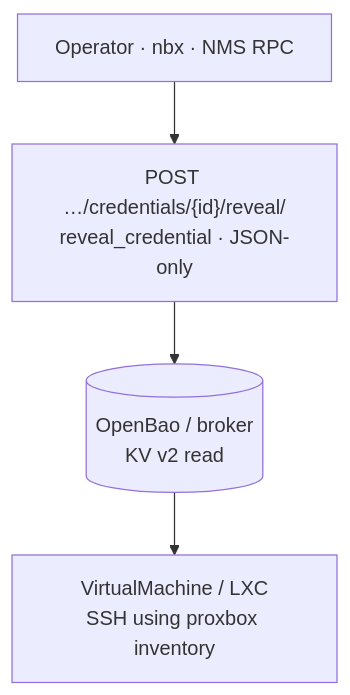
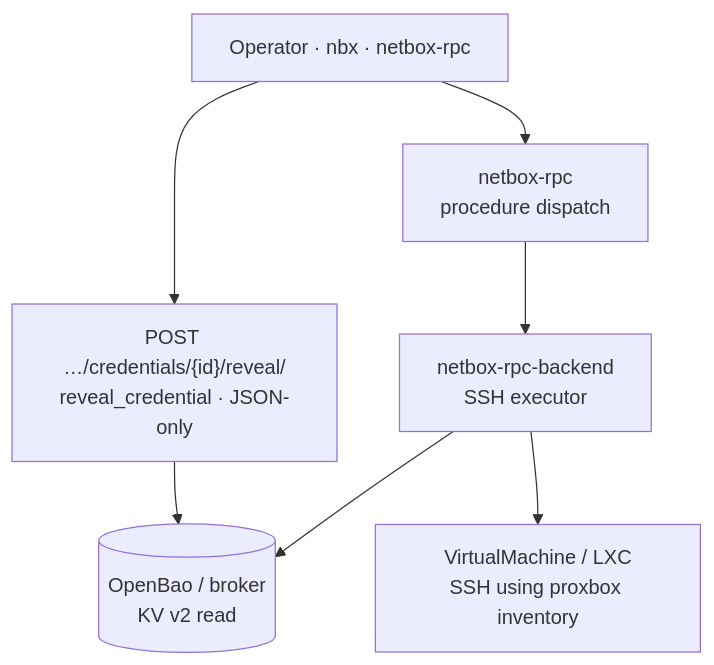
Before and after one commit to emersonfelipesp/netbox-openbao: the third of 3 diagrams in docs/architecture/proxmox-vm-secrets.md, drawn with Mermaid. The commit also changed other lines of this file and 3 other files, not shown here.

First line of the commit message:
Document OpenBao broker and RPC architecture

````diff
--- a/docs/architecture/proxmox-vm-secrets.md
+++ b/docs/architecture/proxmox-vm-secrets.md
@@ -71,11 +72,16 @@
 ```mermaid
 flowchart TB
-    CON["Operator · nbx · NMS RPC"]
+    CON["Operator · nbx · netbox-rpc"]
     REV["POST …/credentials/{id}/reveal/\nreveal_credential · JSON-only"]
+    RPC["netbox-rpc\nprocedure dispatch"]
+    EXEC["netbox-rpc-backend\nSSH executor"]
     BAO[("OpenBao / broker\nKV v2 read")]
     VM["VirtualMachine / LXC\nSSH using proxbox inventory"]
 
     CON --> REV
+    CON --> RPC
     REV --> BAO
-    BAO --> VM
+    RPC --> EXEC
+    EXEC --> BAO
+    EXEC --> VM
 ```
````
